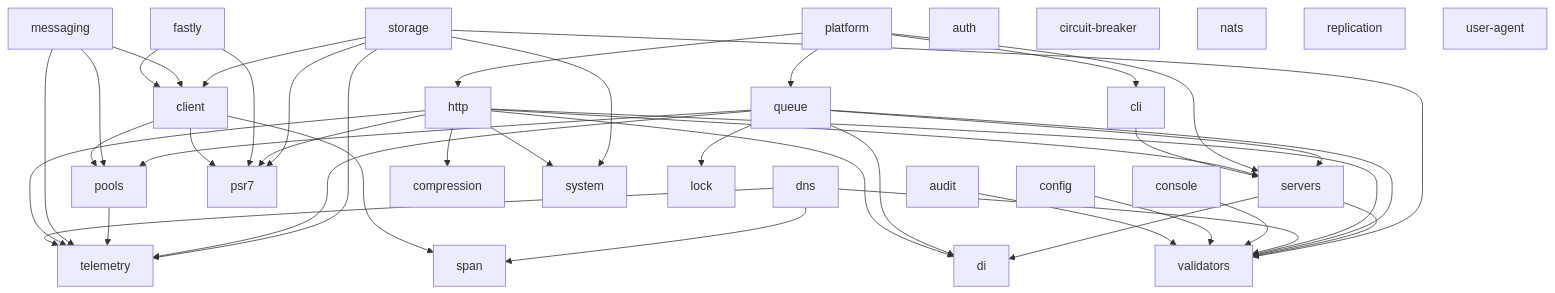
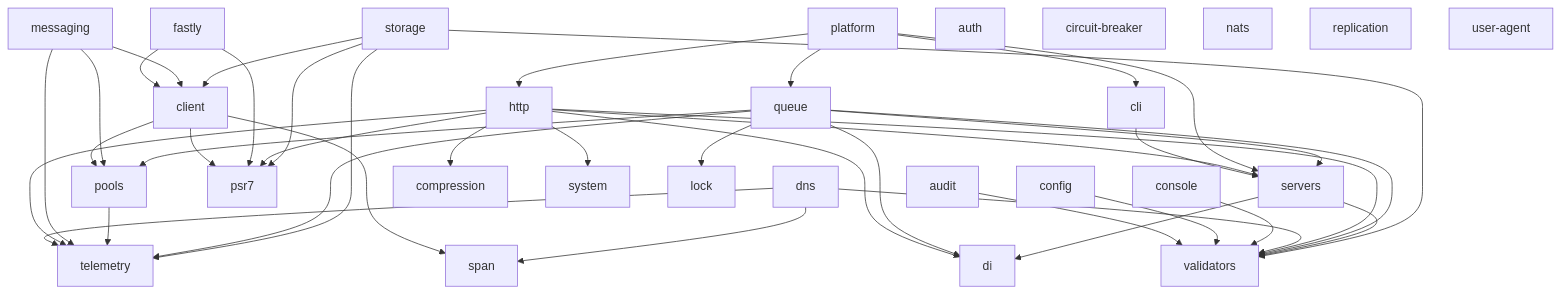
The diagram in README.md (utopia-php/monorepo), drawn with Mermaid before and after one commit. The commit also changed 21 other files, not shown here.

````diff
--- a/README.md
+++ b/README.md
@@ -48,48 +48,47 @@
 ```mermaid
 graph TD
     audit --> validators
     cli --> servers
     client --> pools
     client --> psr7
     client --> span
     config --> validators
     console --> validators
     dns --> span
     dns --> telemetry
     dns --> validators
     fastly --> client
     fastly --> psr7
     http --> di
     http --> servers
     http --> compression
     http --> psr7
     http --> telemetry
     http --> validators
     http --> system
     messaging --> client
     messaging --> pools
     messaging --> telemetry
     platform --> cli
     platform --> http
     platform --> queue
     platform --> servers
     pools --> telemetry
     queue --> di
     queue --> lock
     queue --> servers
     queue --> pools
     queue --> telemetry
     queue --> validators
     servers --> di
     servers --> validators
-    storage --> system
     storage --> telemetry
     storage --> validators
     storage --> client
     storage --> psr7
     auth
     circuit-breaker
     nats
     replication
     user-agent
 ```
````
